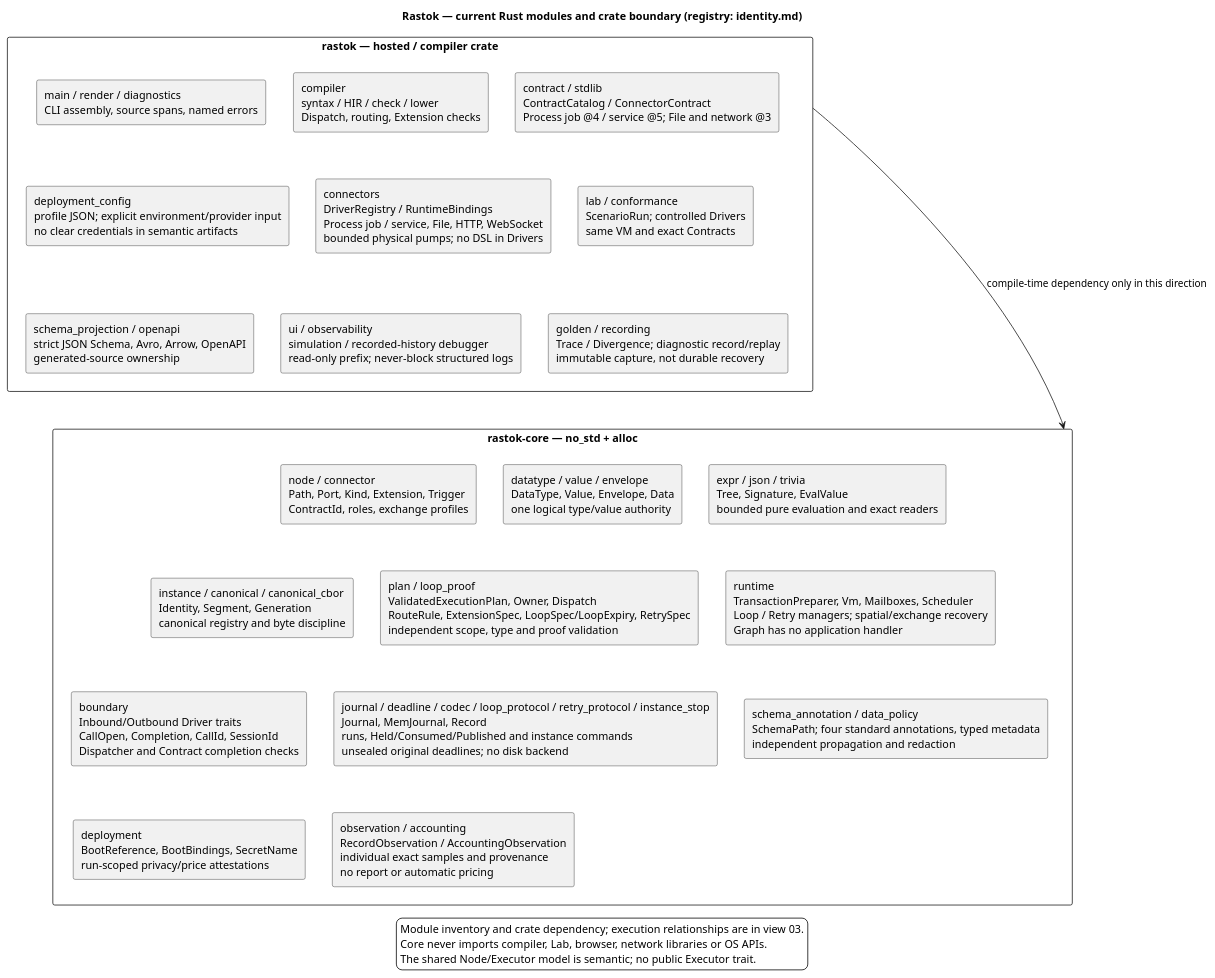
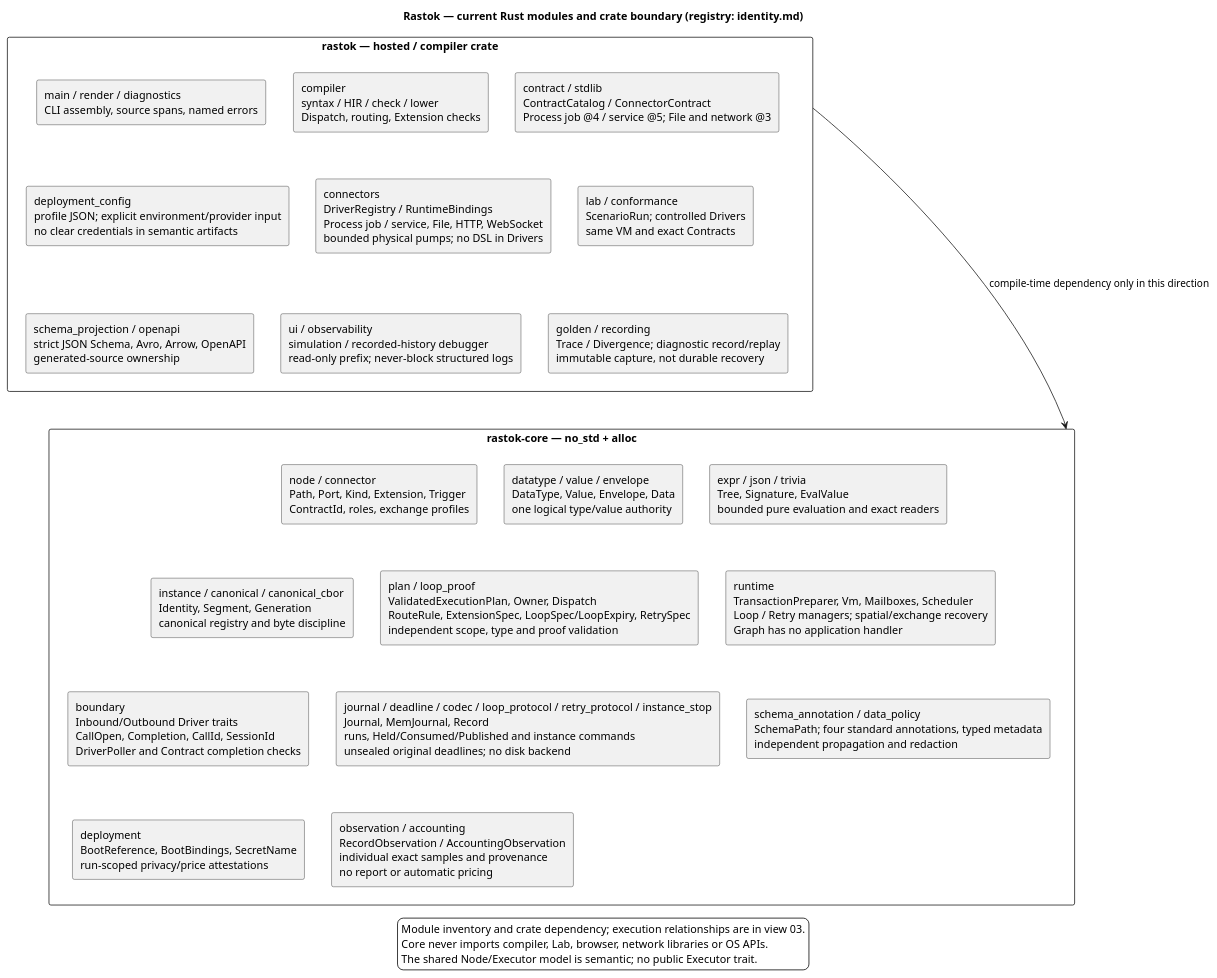
One commit to rastok-io/rastok changed the diagram in docs/architecture/06-rastok-modules-overview.puml. Above: the diagram before and after it, drawn with PlantUML. The commit also changed 71 other files, not shown here.

```diff
--- a/docs/architecture/06-rastok-modules-overview.puml
+++ b/docs/architecture/06-rastok-modules-overview.puml
@@ -1,61 +1,61 @@
 @startuml 06-rastok-modules-overview
 skinparam backgroundColor white
 skinparam shadowing false
 skinparam packageStyle rectangle
 top to bottom direction
 title Rastok — current Rust modules and crate boundary (registry: identity.md)
 
 package "rastok — hosted / compiler crate" as HOSTED {
   rectangle "main / render / diagnostics\nCLI assembly, source spans, named errors" as ENTRY
   rectangle "compiler\nsyntax / HIR / check / lower\nDispatch, routing, Extension checks" as COMP
   rectangle "contract / stdlib\nContractCatalog / ConnectorContract\nProcess job @4 / service @5; File and network @3" as CATALOG
   rectangle "schema_projection / openapi\nstrict JSON Schema, Avro, Arrow, OpenAPI\ngenerated-source ownership" as SCHEMA
   rectangle "connectors\nDriverRegistry / RuntimeBindings\nProcess job / service, File, HTTP, WebSocket\nbounded physical pumps; no DSL in Drivers" as DRIVERS
   rectangle "deployment_config\nprofile JSON; explicit environment/provider input\nno clear credentials in semantic artifacts" as CONFIG
   rectangle "lab / conformance\nScenarioRun; controlled Drivers\nsame VM and exact Contracts" as LAB
   rectangle "ui / observability\nsimulation / recorded-history debugger\nread-only prefix; never-block structured logs" as UI
   rectangle "golden / recording\nTrace / Divergence; diagnostic record/replay\nimmutable capture, not durable recovery" as GOLDEN
 }
 
 package "rastok-core — no_std + alloc" as CORE {
   rectangle "node / connector\nPath, Port, Kind, Extension, Trigger\nContractId, roles, exchange profiles" as NODE
   rectangle "datatype / value / envelope\nDataType, Value, Envelope, Data\none logical type/value authority" as DATA
   rectangle "expr / json / trivia\nTree, Signature, EvalValue\nbounded pure evaluation and exact readers" as EXPR
   rectangle "instance / canonical / canonical_cbor\nIdentity, Segment, Generation\ncanonical registry and byte discipline" as IDENTITY
   rectangle "plan / loop_proof\nValidatedExecutionPlan, Owner, Dispatch\nRouteRule, ExtensionSpec, LoopSpec/LoopExpiry, RetrySpec\nindependent scope, type and proof validation" as PLAN
   rectangle "runtime\nTransactionPreparer, Vm, Mailboxes, Scheduler\nLoop / Retry managers; spatial/exchange recovery\nGraph has no application handler" as VM
-  rectangle "boundary\nInbound/Outbound Driver traits\nCallOpen, Completion, CallId, SessionId\nDispatcher and Contract completion checks" as BOUNDARY
+  rectangle "boundary\nInbound/Outbound Driver traits\nCallOpen, Completion, CallId, SessionId\nDriverPoller and Contract completion checks" as BOUNDARY
   rectangle "journal / deadline / codec / loop_protocol / retry_protocol / instance_stop\nJournal, MemJournal, Record\nruns, Held/Consumed/Published and instance commands\nunsealed original deadlines; no disk backend" as JOURNAL
   rectangle "schema_annotation / data_policy\nSchemaPath; four standard annotations, typed metadata\nindependent propagation and redaction" as POLICY
   rectangle "deployment\nBootReference, BootBindings, SecretName\nrun-scoped privacy/price attestations" as DEPLOY
   rectangle "observation / accounting\nRecordObservation / AccountingObservation\nindividual exact samples and provenance\nno report or automatic pricing" as REPORT
 }
 
 ENTRY -[hidden]right-> COMP
 COMP -[hidden]right-> CATALOG
 ENTRY -[hidden]down-> CONFIG
 CONFIG -[hidden]right-> DRIVERS
 DRIVERS -[hidden]right-> LAB
 CONFIG -[hidden]down-> SCHEMA
 SCHEMA -[hidden]right-> UI
 UI -[hidden]right-> GOLDEN
 GOLDEN -[hidden]down-> NODE
 NODE -[hidden]right-> DATA
 DATA -[hidden]right-> EXPR
 NODE -[hidden]down-> IDENTITY
 IDENTITY -[hidden]right-> PLAN
 PLAN -[hidden]right-> VM
 IDENTITY -[hidden]down-> BOUNDARY
 BOUNDARY -[hidden]right-> JOURNAL
 JOURNAL -[hidden]right-> POLICY
 BOUNDARY -[hidden]down-> DEPLOY
 DEPLOY -[hidden]right-> REPORT
 
 HOSTED -down-> CORE : compile-time dependency only in this direction
 
 legend bottom
 Module inventory and crate dependency; execution relationships are in view 03.
 Core never imports compiler, Lab, browser, network libraries or OS APIs.
 The shared Node/Executor model is semantic; no public Executor trait.
 endlegend
 @enduml
```
